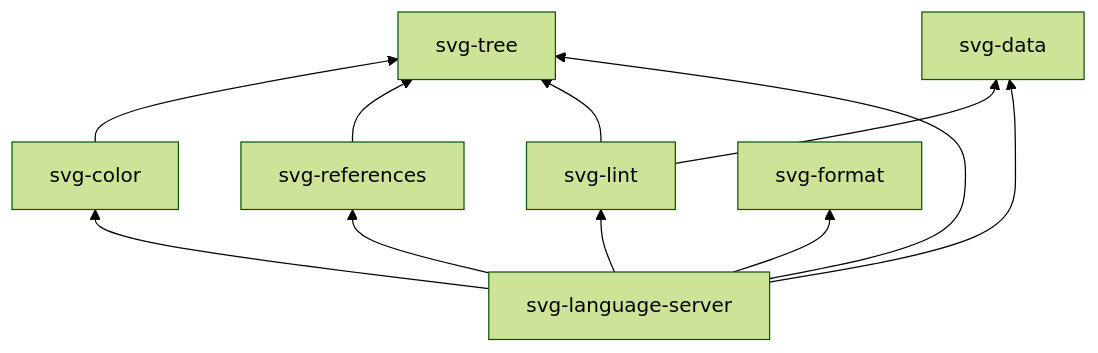
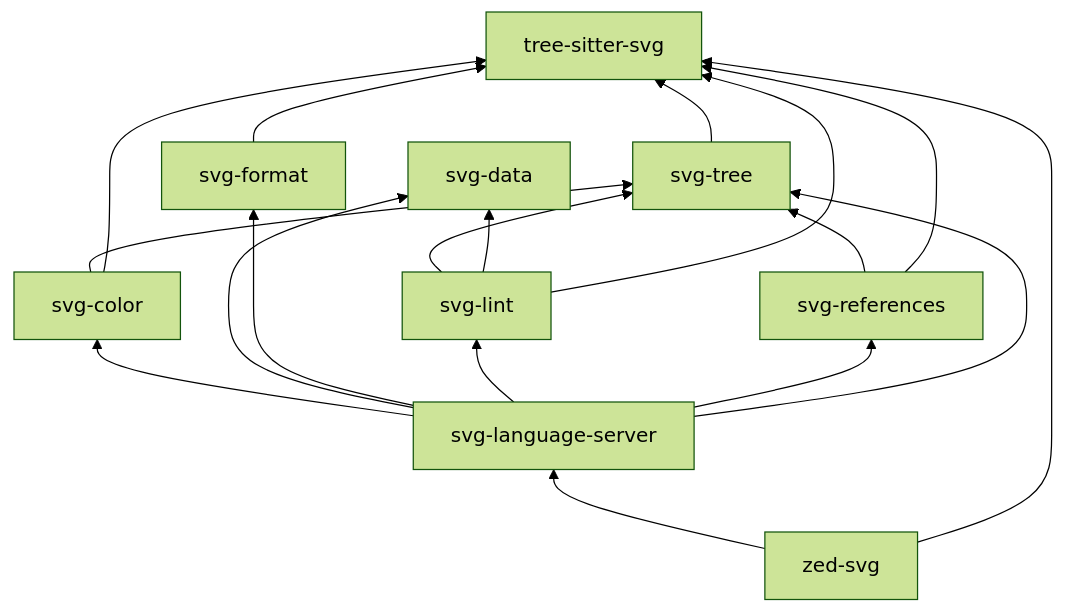
One commit to kjanat/svg changed the diagram in README.md. Above: the diagram before and after it, drawn with Mermaid (forest theme). The commit also changed other lines of this file and 562 other files, not shown here.

````diff
--- a/README.md
+++ b/README.md
@@ -43,13 +46,20 @@
 ```mermaid
 graph BT
   svg-color --> svg-tree
   svg-references --> svg-tree
   svg-lint --> svg-tree
   svg-lint --> svg-data
+  svg-tree --> tree-sitter-svg
+  svg-color --> tree-sitter-svg
+  svg-format --> tree-sitter-svg
+  svg-lint --> tree-sitter-svg
+  svg-references --> tree-sitter-svg
   svg-language-server --> svg-color
   svg-language-server --> svg-data
   svg-language-server --> svg-format
   svg-language-server --> svg-lint
   svg-language-server --> svg-references
   svg-language-server --> svg-tree
+  zed-svg --> svg-language-server
+  zed-svg --> tree-sitter-svg
 ```
````
